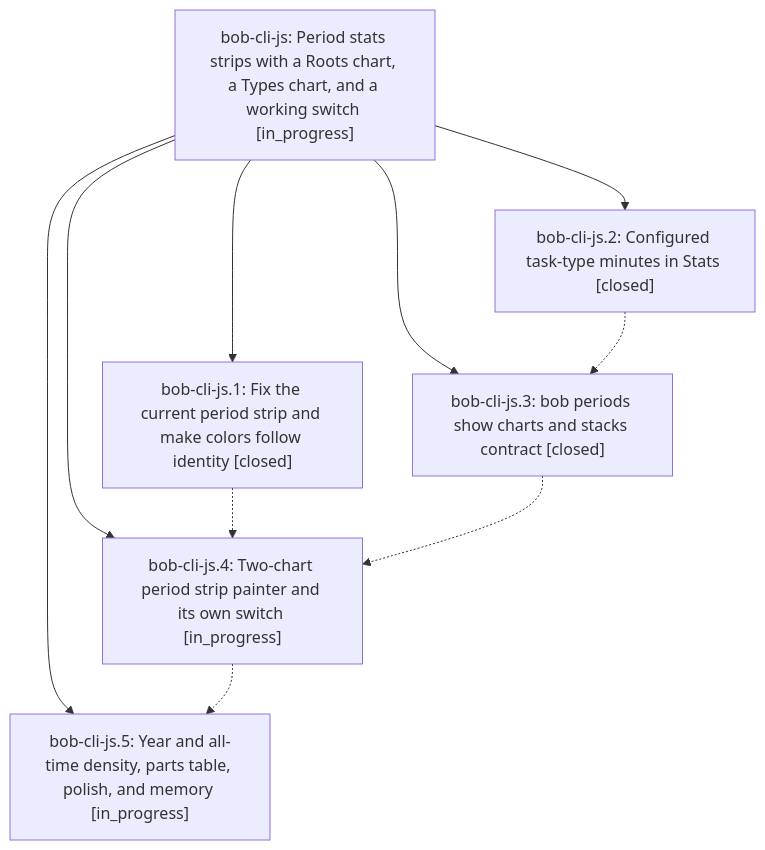
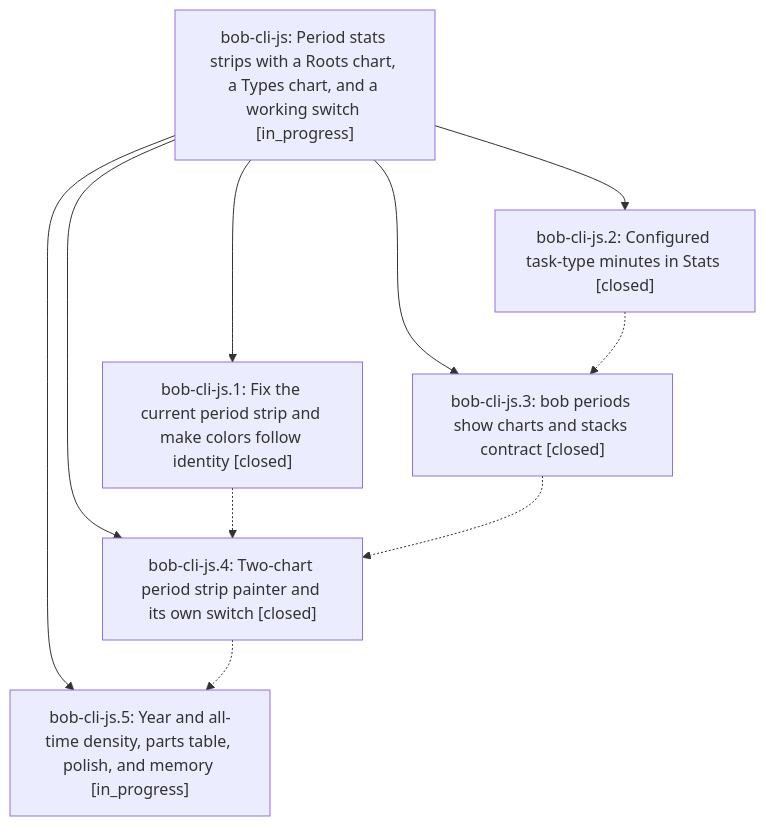
The diagram in pages/bob-cli-js/README.md (bobs-org/bob-cli--beads), drawn with Mermaid before and after one commit. The commit also changed other lines of this file and 4 other files, not shown here.

First line of the commit message:
chore(beads): sync bead state and pages for bob-cli-js

````diff
--- a/pages/bob-cli-js/README.md
+++ b/pages/bob-cli-js/README.md
@@ -38,18 +38,18 @@
 ```mermaid
 flowchart TD
     n0["bob-cli-js: Period stats strips with a Roots chart, a Types chart, and a working switch [in_progress]"]
     n1["bob-cli-js.1: Fix the current period strip and make colors follow identity [closed]"]
     n2["bob-cli-js.2: Configured task-type minutes in Stats [closed]"]
     n3["bob-cli-js.3: bob periods show charts and stacks contract [closed]"]
-    n4["bob-cli-js.4: Two-chart period strip painter and its own switch [in_progress]"]
+    n4["bob-cli-js.4: Two-chart period strip painter and its own switch [closed]"]
     n5["bob-cli-js.5: Year and all-time density, parts table, polish, and memory [in_progress]"]
     n0 --> n1
     n0 --> n2
     n0 --> n3
     n0 --> n4
     n0 --> n5
     n1 -.-> n4
     n2 -.-> n3
     n3 -.-> n4
     n4 -.-> n5
 ```
````
